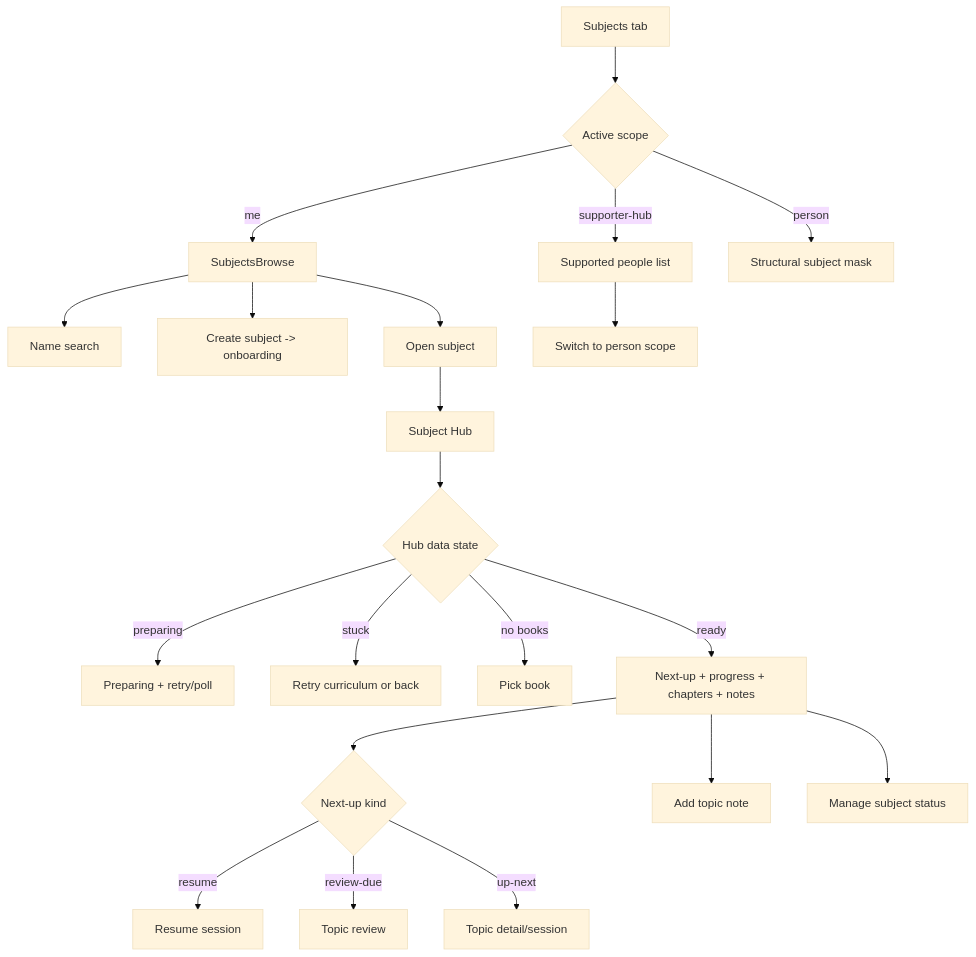
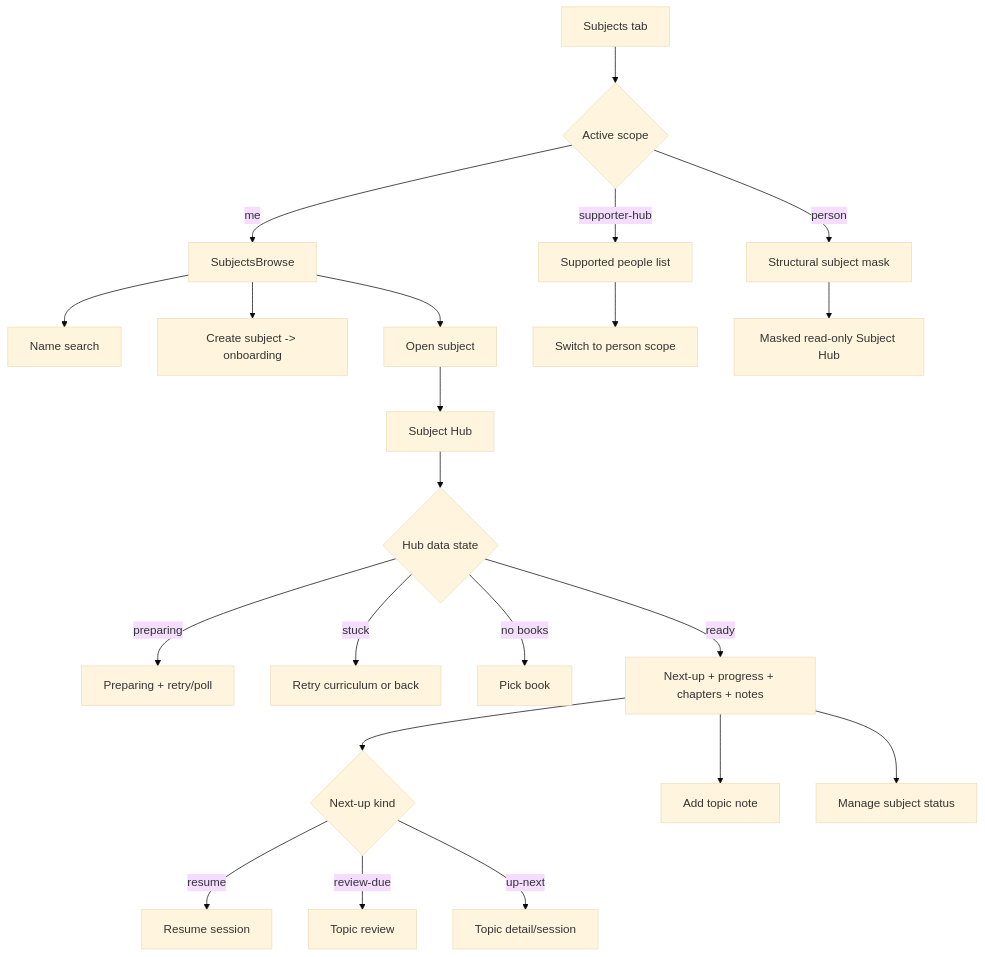
Before and after one commit to cognoco/eduagent-build: the fourth of 5 diagrams in docs/plans/v2-dossier/07-trigger-flow-logic-map.md, drawn with Mermaid (base theme). The commit also changed other lines of this file and 7 other files, not shown here.

First line of the commit message:
feat(v2): add masked subject drill-in [WI-1169]

````diff
--- a/docs/plans/v2-dossier/07-trigger-flow-logic-map.md
+++ b/docs/plans/v2-dossier/07-trigger-flow-logic-map.md
@@ -99,24 +99,25 @@
 ```mermaid
 flowchart TD
   ST[Subjects tab] --> Scope{Active scope}
   Scope -- me --> Browse[SubjectsBrowse]
   Browse --> Search[Name search]
   Browse --> Create[Create subject -> onboarding]
   Browse --> Open[Open subject]
   Open --> Hub[Subject Hub]
   Hub --> State{Hub data state}
   State -- preparing --> Preparing[Preparing + retry/poll]
   State -- stuck --> Stuck[Retry curriculum or back]
   State -- no books --> PickBook[Pick book]
   State -- ready --> Ready[Next-up + progress + chapters + notes]
   Ready --> Next{Next-up kind}
   Next -- resume --> Resume[Resume session]
   Next -- review-due --> Review[Topic review]
   Next -- up-next --> Topic[Topic detail/session]
   Ready --> AddNote[Add topic note]
   Ready --> Manage[Manage subject status]
 
   Scope -- supporter-hub --> People[Supported people list]
   People --> PersonScope[Switch to person scope]
   Scope -- person --> Mask[Structural subject mask]
+  Mask --> MaskedHub[Masked read-only Subject Hub]
 ```
````
